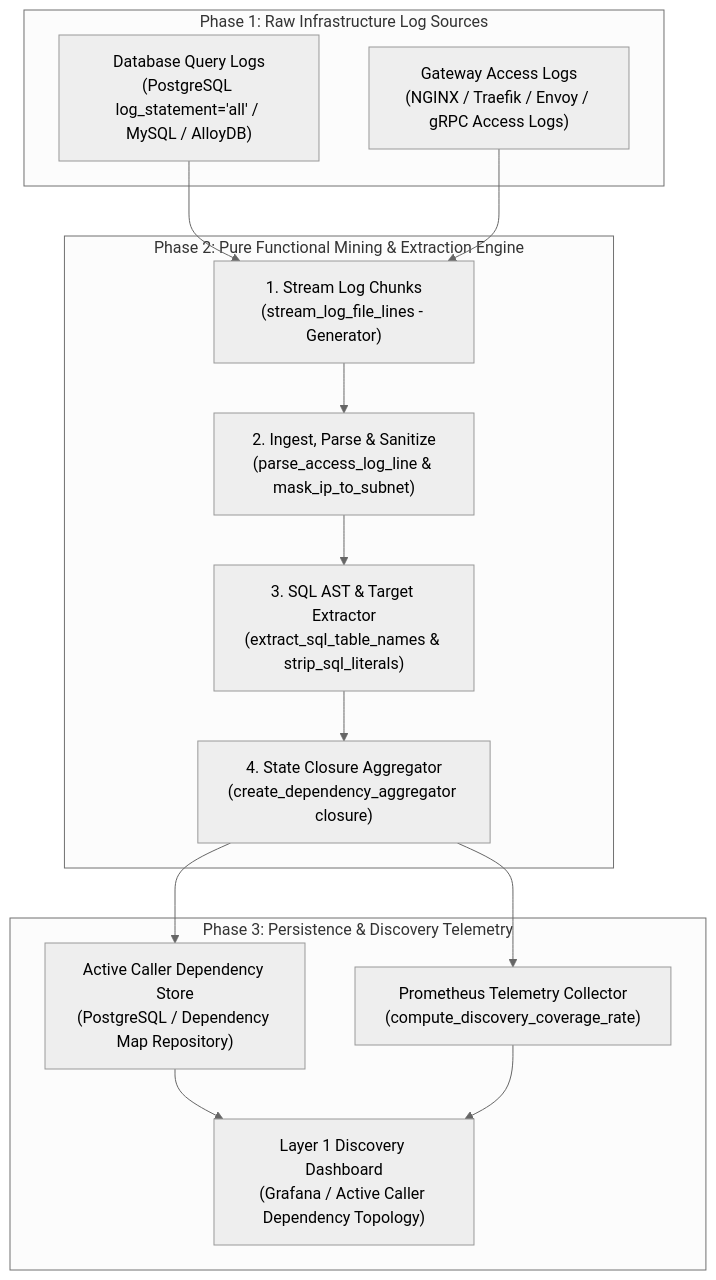
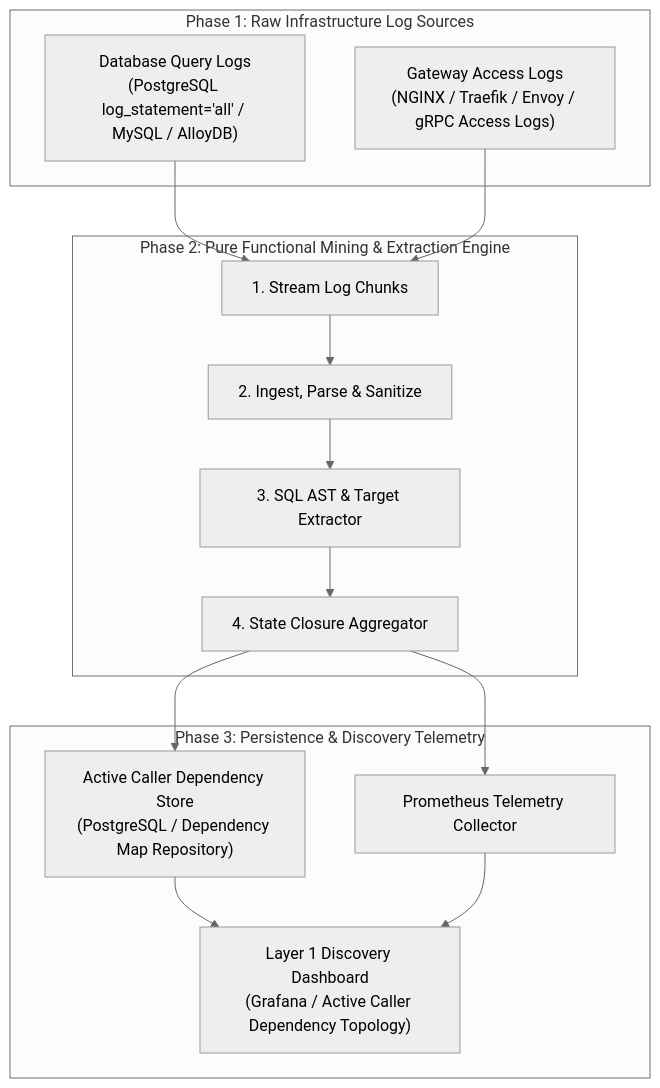
The first of 2 diagrams in notebooks/runbooks/refs/05-dependency-discovery-and-log-mining/query-access-log-mining.md (Chief-Strategist-J/llm-observability-platform), drawn with Mermaid (neutral theme) before and after one commit. The commit also changed other lines of this file, not shown here.

````diff
--- a/notebooks/runbooks/refs/05-dependency-discovery-and-log-mining/query-access-log-mining.md
+++ b/notebooks/runbooks/refs/05-dependency-discovery-and-log-mining/query-access-log-mining.md
@@ -58,31 +58,31 @@
 ```mermaid
 flowchart TD
     subgraph RawLogSources["Phase 1: Raw Infrastructure Log Sources"]
         DBQueryLogs["Database Query Logs\n(PostgreSQL log_statement='all' / MySQL / AlloyDB)"]
         HTTPAccessLogs["Gateway Access Logs\n(NGINX / Traefik / Envoy / gRPC Access Logs)"]
     end
 
     subgraph MiningPipeline["Phase 2: Pure Functional Mining & Extraction Engine"]
-        LogStreamer["1. Stream Log Chunks\n(stream_log_file_lines - Generator)"]
-        LogParser["2. Ingest, Parse & Sanitize\n(parse_access_log_line & mask_ip_to_subnet)"]
-        SQLExtractor["3. SQL AST & Target Extractor\n(extract_sql_table_names & strip_sql_literals)"]
-        CallerAggregator["4. State Closure Aggregator\n(create_dependency_aggregator closure)"]
+        LogStreamer["1. Stream Log Chunks"]
+        LogParser["2. Ingest, Parse & Sanitize"]
+        SQLExtractor["3. SQL AST & Target Extractor"]
+        CallerAggregator["4. State Closure Aggregator"]
 
         DBQueryLogs --> LogStreamer
         HTTPAccessLogs --> LogStreamer
         LogStreamer --> LogParser
         LogParser --> SQLExtractor
         SQLExtractor --> CallerAggregator
     end
 
     subgraph StorageObservability["Phase 3: Persistence & Discovery Telemetry"]
         DependencyStore["Active Caller Dependency Store\n(PostgreSQL / Dependency Map Repository)"]
-        MetricsCollector["Prometheus Telemetry Collector\n(compute_discovery_coverage_rate)"]
+        MetricsCollector["Prometheus Telemetry Collector"]
         DiscoveryDashboard["Layer 1 Discovery Dashboard\n(Grafana / Active Caller Dependency Topology)"]
 
         CallerAggregator --> DependencyStore
         CallerAggregator --> MetricsCollector
         DependencyStore --> DiscoveryDashboard
         MetricsCollector --> DiscoveryDashboard
     end
 ```
````
